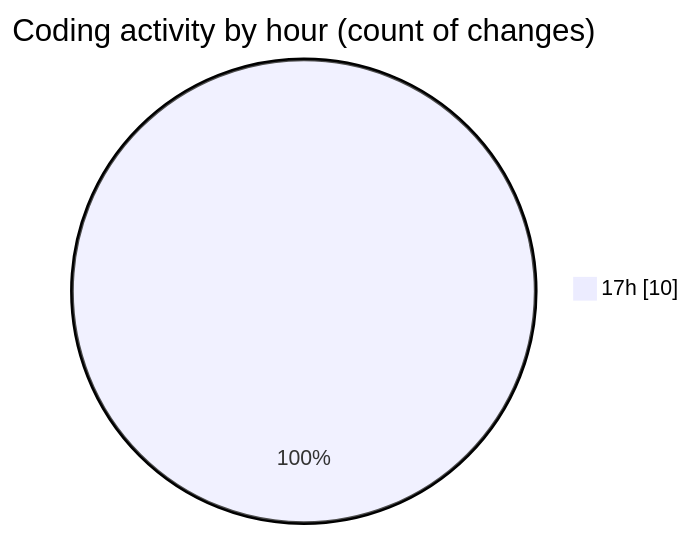
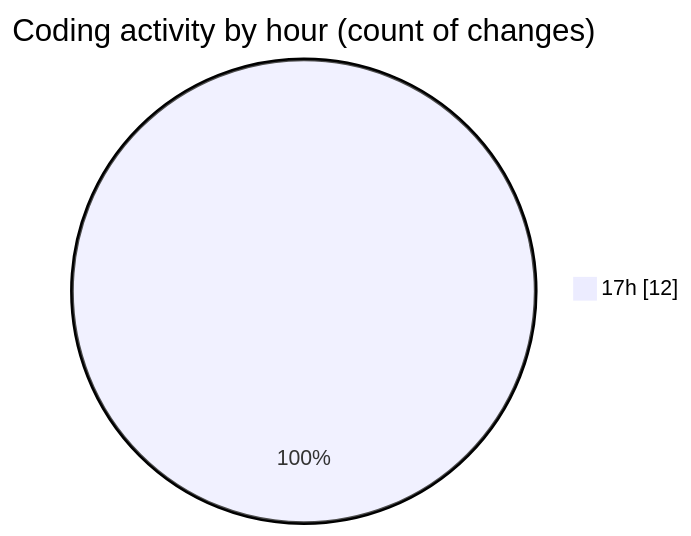
One commit to earendildev/code-tracking changed the second of 2 diagrams in 2025-05-07/scripts__workspace_/README.md. Above: the diagram before and after it, drawn with Mermaid. The commit also changed other lines of this file and 1 other file, not shown here.

````diff
--- a/2025-05-07/scripts__workspace_/README.md
+++ b/2025-05-07/scripts__workspace_/README.md
@@ -28,5 +28,5 @@
 ```mermaid
 pie showData
 title Coding activity by hour (count of changes)
-"17h" : 10
+"17h" : 12
 ```
````
